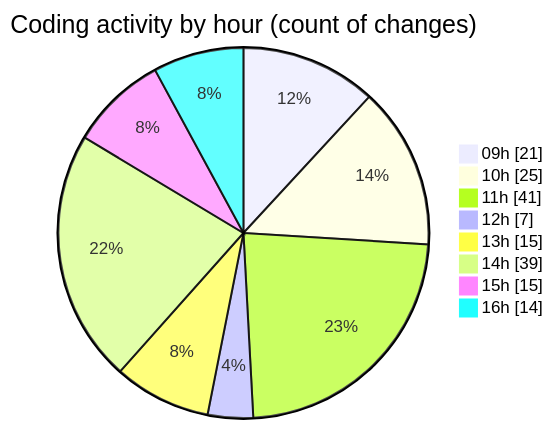
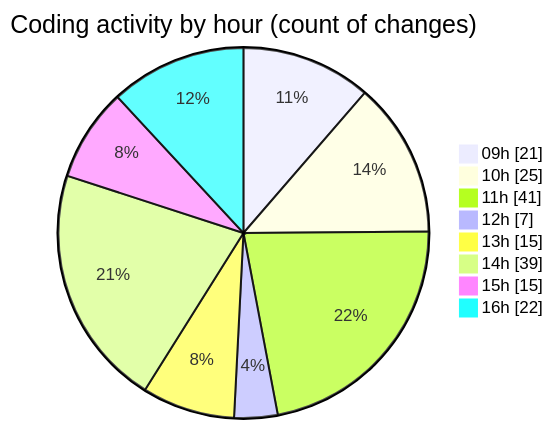
One commit to momahboobian/code-tracking changed the second of 2 diagrams in 2025-12-01/cda/README.md. Above: the diagram before and after it, drawn with Mermaid. The commit also changed other lines of this file and 1 other file, not shown here.

````diff
--- a/2025-12-01/cda/README.md
+++ b/2025-12-01/cda/README.md
@@ -50,12 +51,12 @@
 ```mermaid
 pie showData
 title Coding activity by hour (count of changes)
 "09h" : 21
 "10h" : 25
 "11h" : 41
 "12h" : 7
 "13h" : 15
 "14h" : 39
 "15h" : 15
-"16h" : 14
+"16h" : 22
 ```
````
